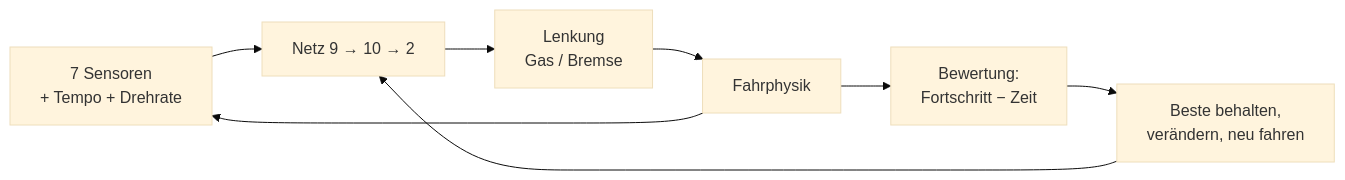
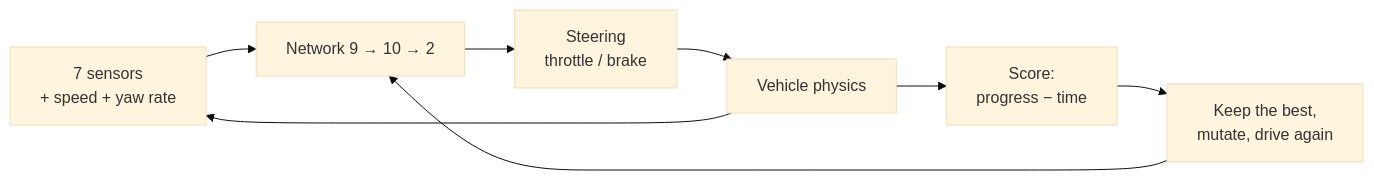
The diagram in README.md (bavarian-dataforge/racing-lab), drawn with Mermaid (base theme) before and after one commit. The commit also changed other lines of this file and 186 other files, not shown here.

````diff
--- a/README.md
+++ b/README.md
@@ -20,10 +22,10 @@
 ```mermaid
 flowchart LR
-  S["7 Sensoren<br/>+ Tempo + Drehrate"] --> N["Netz 9 → 10 → 2"]
-  N --> A["Lenkung<br/>Gas / Bremse"]
-  A --> P["Fahrphysik"]
+  S["7 sensors<br/>+ speed + yaw rate"] --> N["Network 9 → 10 → 2"]
+  N --> A["Steering<br/>throttle / brake"]
+  A --> P["Vehicle physics"]
   P --> S
-  P --> B["Bewertung:<br/>Fortschritt − Zeit"]
-  B --> E["Beste behalten,<br/>verändern, neu fahren"]
+  P --> B["Score:<br/>progress − time"]
+  B --> E["Keep the best,<br/>mutate, drive again"]
   E --> N
 ```
````
